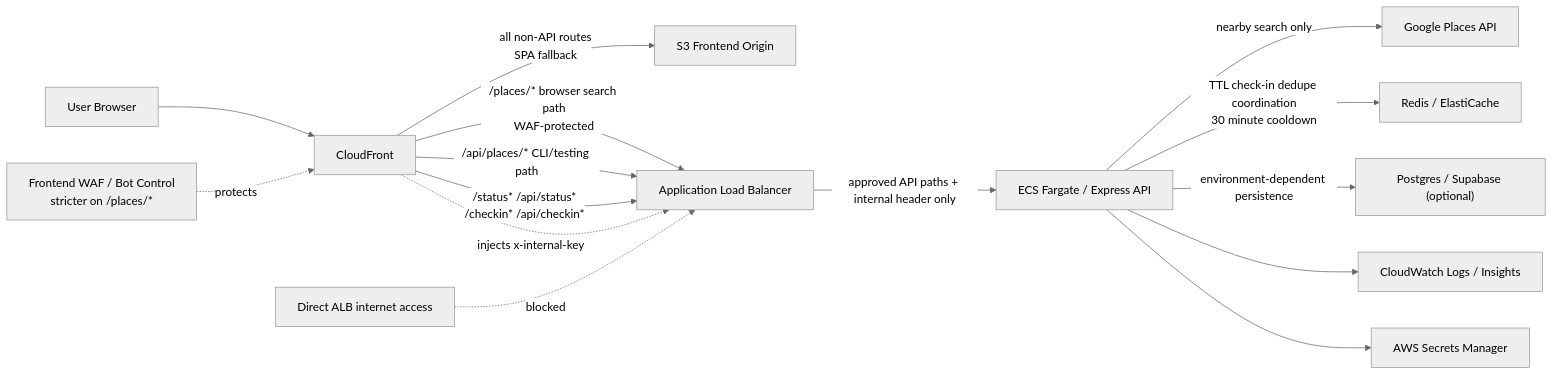
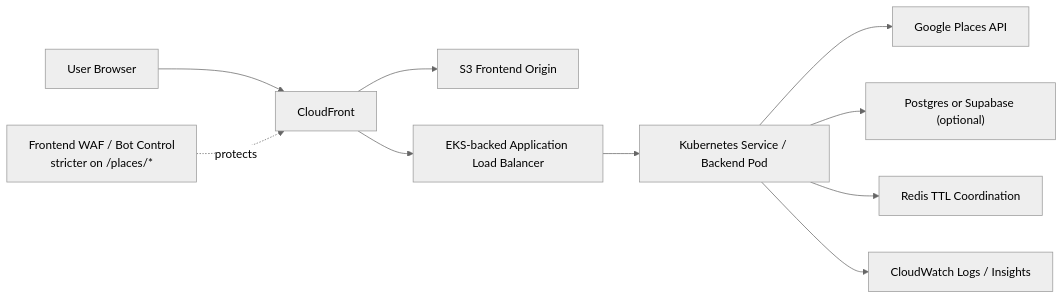
Before and after one commit to warehousegang/busynow-public: the diagram in architecture.md, drawn with Mermaid (neutral theme). The commit also changed other lines of this file and 17 other files, not shown here.

Commit message:
Update architecture documentation with new diagram and detailed descriptions of AWS setup and API routing

````diff
--- a/architecture.md
+++ b/architecture.md
@@ -9,20 +9,13 @@
 ```mermaid
 flowchart LR
-    B["User Browser"] --> CF["CloudFront"]
+    U["User Browser"] --> CF["CloudFront"]
     WAF["Frontend WAF / Bot Control<br/>stricter on /places/*"] -. protects .-> CF
 
-    CF -->|all non-API routes<br/>SPA fallback| S3["S3 Frontend Origin"]
-    CF -->|/places/* browser search path<br/>WAF-protected| ALB["Application Load Balancer"]
-    CF -->|/api/places/* CLI/testing path| ALB
-    CF -->|/status* /api/status*<br/>/checkin* /api/checkin*| ALB
-    CF -. injects x-internal-key .-> ALB
-
-    D["Direct ALB internet access"] -. blocked .-> ALB
-
-    ALB -->|approved API paths + internal header only| ECS["ECS Fargate / Express API"]
-    ECS -->|nearby search only| GP["Google Places API"]
-    ECS -->|TTL check-in dedupe coordination<br/>30 minute cooldown| R["Redis / ElastiCache"]
-    ECS -->|environment-dependent persistence| DB["Postgres / Supabase (optional)"]
-    ECS --> CW["CloudWatch Logs / Insights"]
-    ECS --> SM["AWS Secrets Manager"]
+    CF --> S3["S3 Frontend Origin"]
+    CF --> ALB["EKS-backed Application Load Balancer"]
+    ALB --> K8S["Kubernetes Service / Backend Pod"]
+    K8S --> GP["Google Places API"]
+    K8S --> DB["Postgres or Supabase (optional)"]
+    K8S --> R["Redis TTL Coordination"]
+    K8S --> CW["CloudWatch Logs / Insights"]
 ```
````
